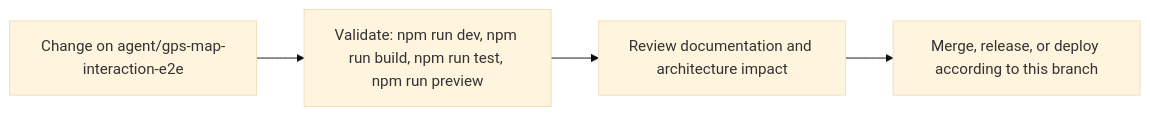
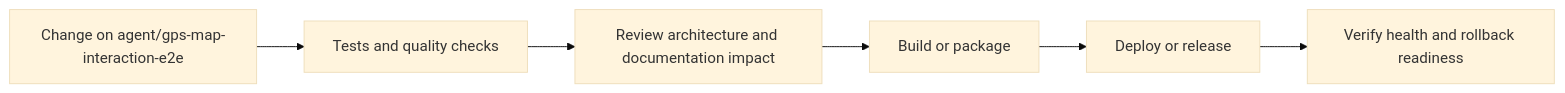
The fourth of 5 diagrams in README.md (Nischhalsubba/Napiyo), drawn with Mermaid (base theme) before and after one commit. The commit also changed other lines of this file, not shown here.

````diff
--- a/README.md
+++ b/README.md
@@ -72,8 +154,8 @@
 ```mermaid
 flowchart LR
-    CHANGE["Change on agent/gps-map-interaction-e2e"]
-    CHECK["Validate: npm run dev, npm run build, npm run test, npm run preview"]
-    REVIEW["Review documentation and architecture impact"]
-    RELEASE["Merge, release, or deploy according to this branch"]
-    CHANGE --> CHECK --> REVIEW --> RELEASE
+    CHANGE["Change on agent/gps-map-interaction-e2e"] --> CHECK["Tests and quality checks"]
+    CHECK --> REVIEW["Review architecture and documentation impact"]
+    REVIEW --> BUILD["Build or package"]
+    BUILD --> DEPLOY["Deploy or release"]
+    DEPLOY --> VERIFY["Verify health and rollback readiness"]
 ```
````
